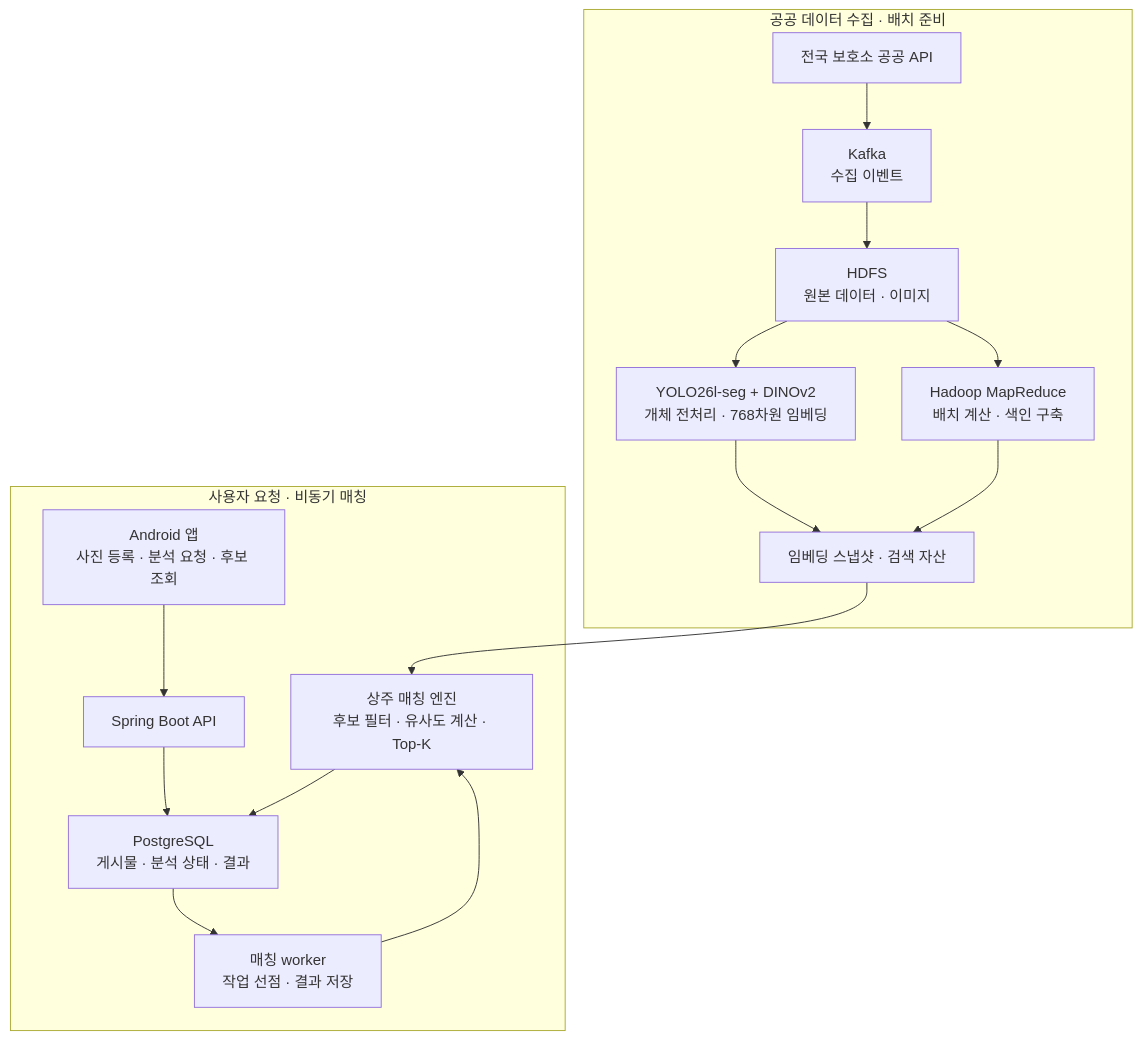
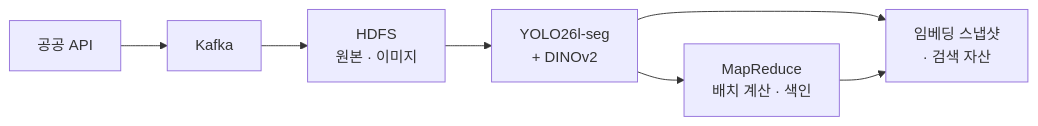
One commit to watermell0n/MeonggoSpot changed the first of 2 diagrams in README.md. Above: the diagram before and after it, drawn with Mermaid. The commit also changed other lines of this file, not shown here.

Commit message:
docs: clarify batch and request processing diagrams

````diff
--- a/README.md
+++ b/README.md
@@ -73,21 +75,9 @@
 ```mermaid
-flowchart TB
-    subgraph BATCH["공공 데이터 수집 · 배치 준비"]
-        PUBLIC["전국 보호소 공공 API"] --> KAFKA["Kafka<br/>수집 이벤트"]
-        KAFKA --> HDFS["HDFS<br/>원본 데이터 · 이미지"]
-        HDFS --> AI["YOLO26l-seg + DINOv2<br/>개체 전처리 · 768차원 임베딩"]
-        AI --> ASSET["임베딩 스냅샷 · 검색 자산"]
-        HDFS --> MR["Hadoop MapReduce<br/>배치 계산 · 색인 구축"]
-        MR --> ASSET
-    end
-
-    subgraph SERVICE["사용자 요청 · 비동기 매칭"]
-        APP["Android 앱<br/>사진 등록 · 분석 요청 · 후보 조회"] --> API["Spring Boot API"]
-        API --> DB["PostgreSQL<br/>게시물 · 분석 상태 · 결과"]
-        DB --> WORKER["매칭 worker<br/>작업 선점 · 결과 저장"]
-        WORKER --> ENGINE["상주 매칭 엔진<br/>후보 필터 · 유사도 계산 · Top-K"]
-        ENGINE --> DB
-    end
-
-    ASSET --> ENGINE
+flowchart LR
+    PUBLIC["공공 API"] --> KAFKA["Kafka"]
+    KAFKA --> HDFS["HDFS<br/>원본 · 이미지"]
+    HDFS --> AI["YOLO26l-seg<br/>+ DINOv2"]
+    AI --> ASSET["임베딩 스냅샷<br/>· 검색 자산"]
+    AI --> MR["MapReduce<br/>배치 계산 · 색인"]
+    MR --> ASSET
 ```
````
